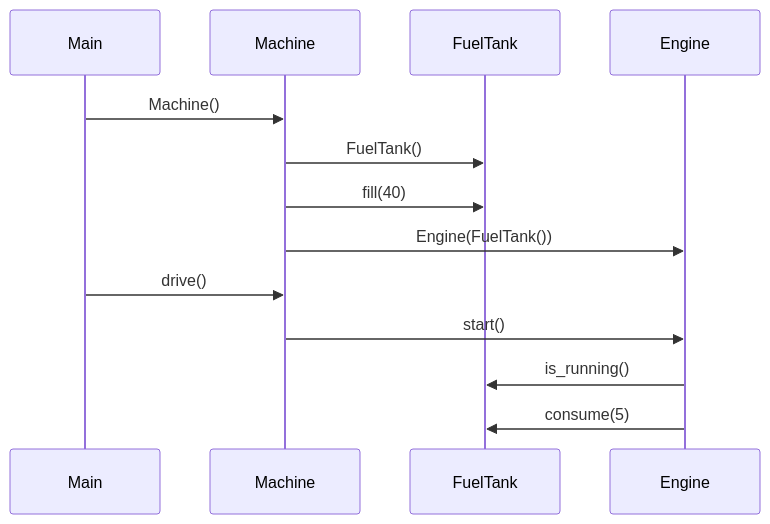
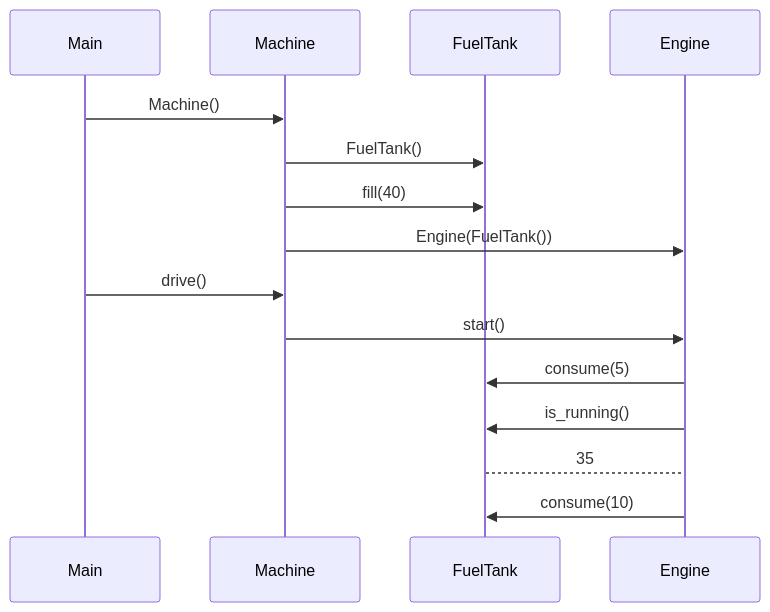
Before and after one commit to phuvio/ot-harjoitustyo: the diagram in laskarit/viikko3/sekvenssikaavio.md, drawn with Mermaid.

````diff
--- a/laskarit/viikko3/sekvenssikaavio.md
+++ b/laskarit/viikko3/sekvenssikaavio.md
@@ -3,15 +3,17 @@
 ```mermaid
  sequenceDiagram
    participant P as Main
    participant M as Machine
    participant F as FuelTank
    participant E as Engine
    P->>M: Machine()
    M->>F: FuelTank()
    M->>F: fill(40)
    M->>E: Engine(FuelTank())
    P->>M: drive()
    M->>E: start()
+   E->>F: consume(5)
    E->>F: is_running()
-   E->>F: consume(5)
+   F-->E: 35
+   E->>F: consume(10)
 ```
````
